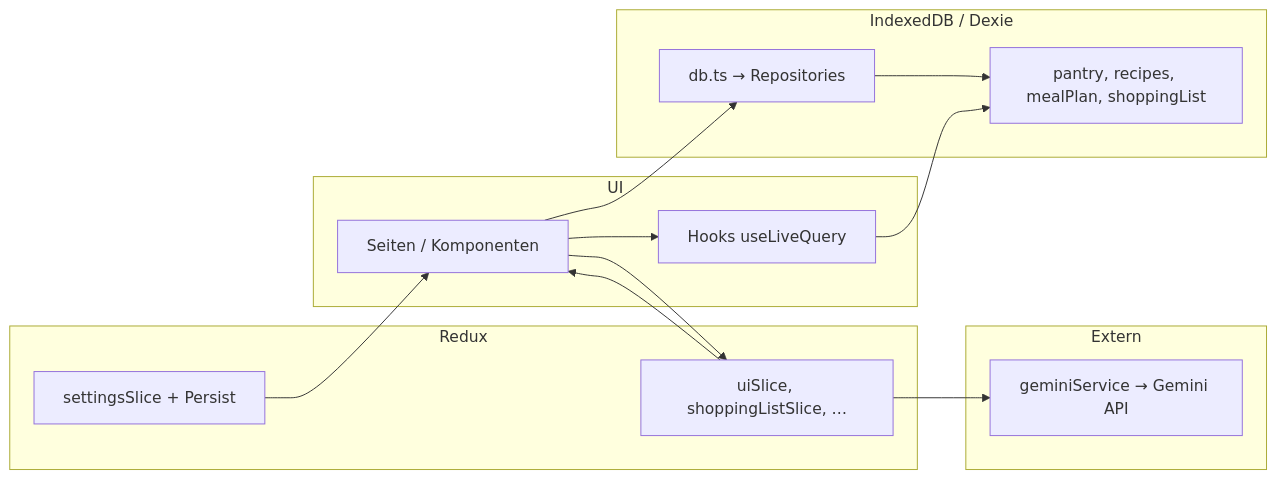
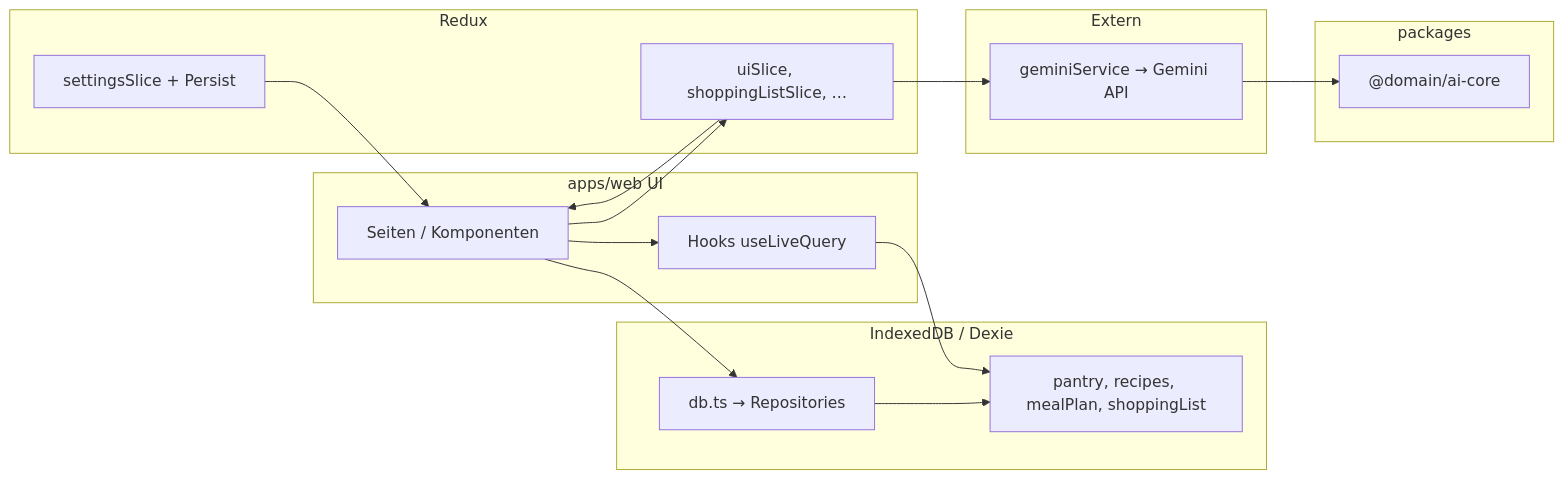
The diagram in docs/ARCHITECTURE.md (qnbs/CulinaSync-de-), drawn with Mermaid before and after one commit. The commit also changed other lines of this file and 12 other files, not shown here.

````diff
--- a/docs/ARCHITECTURE.md
+++ b/docs/ARCHITECTURE.md
@@ -51,26 +61,30 @@
 ```mermaid
 flowchart LR
-  subgraph UI["UI"]
+  subgraph UI["apps/web UI"]
     P["Seiten / Komponenten"]
     H["Hooks useLiveQuery"]
   end
   subgraph State["Redux"]
     U["uiSlice, shoppingListSlice, …"]
     S["settingsSlice + Persist"]
   end
   subgraph Data["IndexedDB / Dexie"]
     D["db.ts → Repositories"]
     T["pantry, recipes, mealPlan, shoppingList"]
   end
+  subgraph Pkg["packages"]
+    AC["@domain/ai-core"]
+  end
   subgraph Ext["Extern"]
     G["geminiService → Gemini API"]
   end
   P --> H
   P --> U
   U --> P
   S --> P
   P --> D
   D --> T
   H --> T
+  G --> AC
   U --> G
 ```
````
